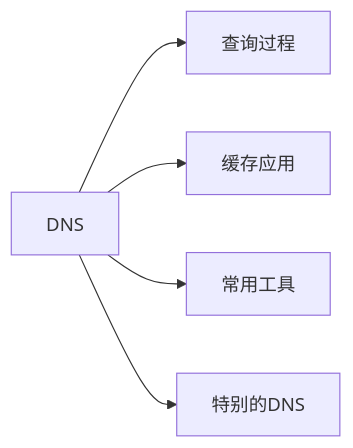
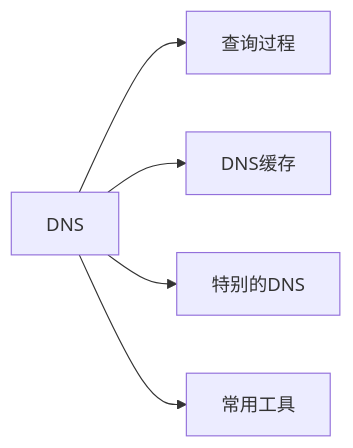
One commit to esmyy/esmyy.github.io changed the first of 3 diagrams in docs/51-network/01-protocol/02-dns.md. Above: the diagram before and after it, drawn with Mermaid. The commit also changed other lines of this file and 9 other files, not shown here.

````diff
--- a/docs/51-network/01-protocol/02-dns.md
+++ b/docs/51-network/01-protocol/02-dns.md
@@ -5,7 +5,7 @@
 ```mermaid
   flowchart LR
   DNS --> 查询过程
-  DNS --> 缓存应用
+  DNS --> DNS缓存
+  DNS --> 特别的DNS
   DNS --> 常用工具
-  DNS --> 特别的DNS
 ```
````
